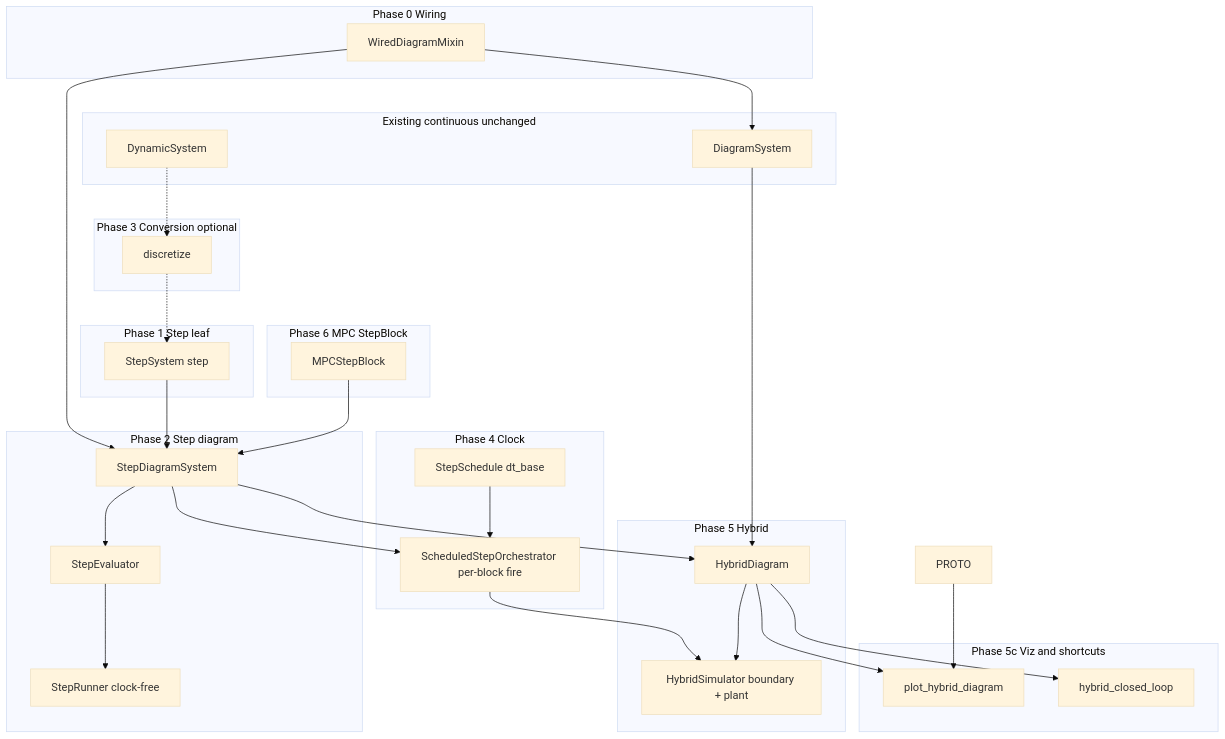
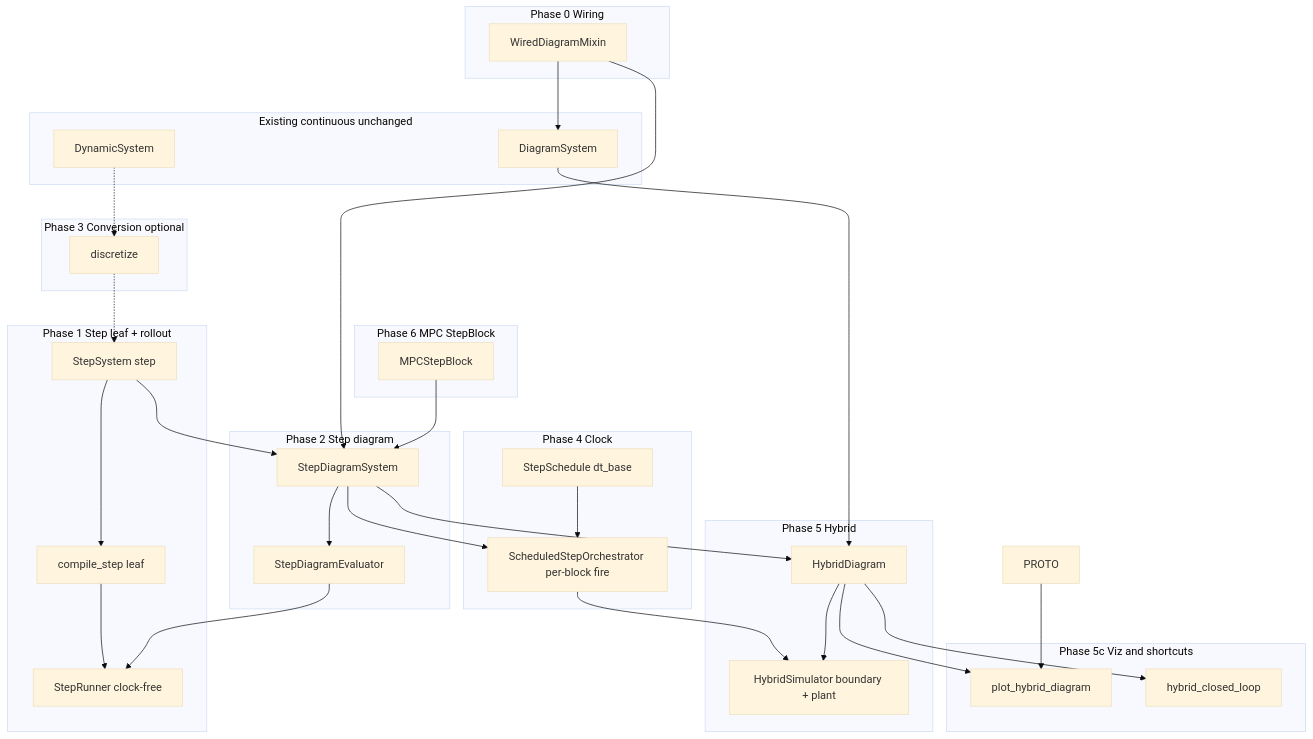
Before and after one commit to alx87grd/minilink: the diagram in docs/plans/hybrid-discrete/00-master-plan.md, drawn with Mermaid (base theme). The commit also changed other lines of this file and 4 other files, not shown here.

````diff
--- a/docs/plans/hybrid-discrete/00-master-plan.md
+++ b/docs/plans/hybrid-discrete/00-master-plan.md
@@ -125,60 +127,61 @@
 ```mermaid
 flowchart TB
     subgraph P0 [Phase 0 Wiring]
         WIR[WiredDiagramMixin]
     end
 
-    subgraph P1 [Phase 1 Step leaf]
+    subgraph P1 [Phase 1 Step leaf + rollout]
         SS[StepSystem step]
+        CSL[compile_step leaf]
+        SR[StepRunner clock-free]
     end
 
     subgraph P2 [Phase 2 Step diagram]
         SDS[StepDiagramSystem]
-        SE[StepEvaluator]
-        SR[StepRunner clock-free]
+        SE[StepDiagramEvaluator]
     end
 
     subgraph P3 [Phase 3 Conversion optional]
         DISC[discretize]
     end
 
     subgraph P4 [Phase 4 Clock]
         SCH[StepSchedule dt_base]
         ORCH[ScheduledStepOrchestrator per-block fire]
     end
 
     subgraph P5 [Phase 5 Hybrid]
         HD[HybridDiagram]
         HS[HybridSimulator boundary + plant]
     end
 
     subgraph P5c [Phase 5c Viz and shortcuts]
         PLOT[plot_hybrid_diagram]
         HCL[hybrid_closed_loop]
     end
 
     subgraph P6 [Phase 6 MPC StepBlock]
         MPC[MPCStepBlock]
     end
 
     subgraph Cont [Existing continuous unchanged]
         DS[DynamicSystem]
         DF[DiagramSystem]
     end
 
     WIR --> DF
     WIR --> SDS
     PROTO --> PLOT
-    SS --> SDS --> SE
-    SE --> SR
+    SS --> CSL --> SR
+    SS --> SDS --> SE --> SR
     DS -.-> DISC -.-> SS
     SDS --> ORCH
     SCH --> ORCH
     ORCH --> HS
     SDS --> HD
     DF --> HD
     HD --> HS
     HD --> PLOT
     HD --> HCL
     MPC --> SDS
 ```
````
